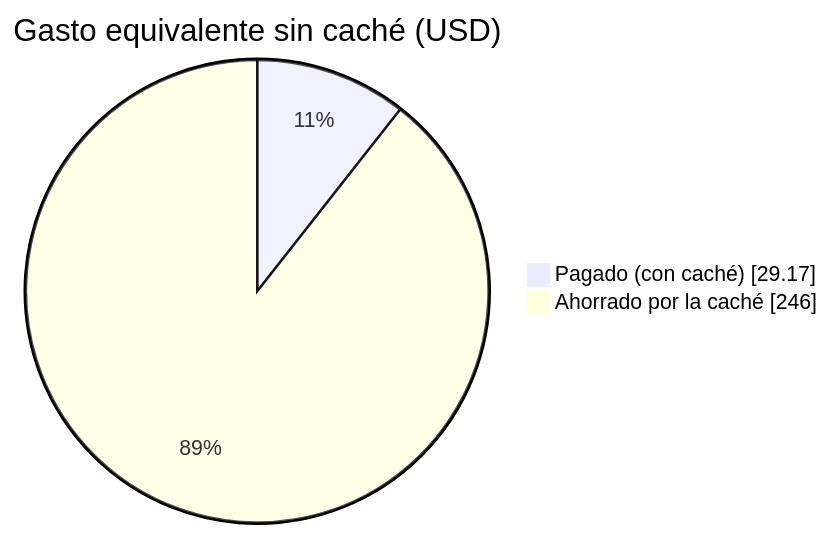
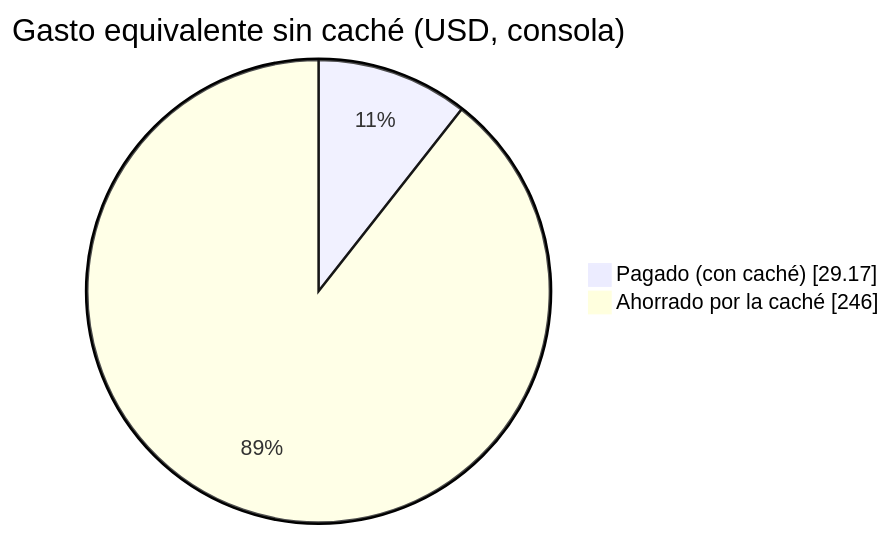
The first of 2 diagrams in docs/reporte-costos-y-ahorros.md (Holeekey/mus3o), drawn with Mermaid before and after one commit. The commit also changed other lines of this file and 1 other file, not shown here.

Commit message:
docs: verifica el ahorro de caché con los logs de sesión y lo destaca en el README

````diff
--- a/docs/reporte-costos-y-ahorros.md
+++ b/docs/reporte-costos-y-ahorros.md
@@ -92,5 +94,5 @@
 ```mermaid
-pie showData title Gasto equivalente sin caché (USD)
+pie showData title Gasto equivalente sin caché (USD, consola)
     "Pagado (con caché)" : 29.17
     "Ahorrado por la caché" : 246
 ```
````
